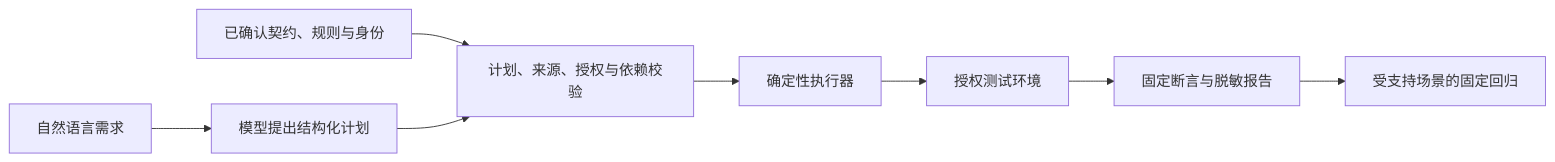
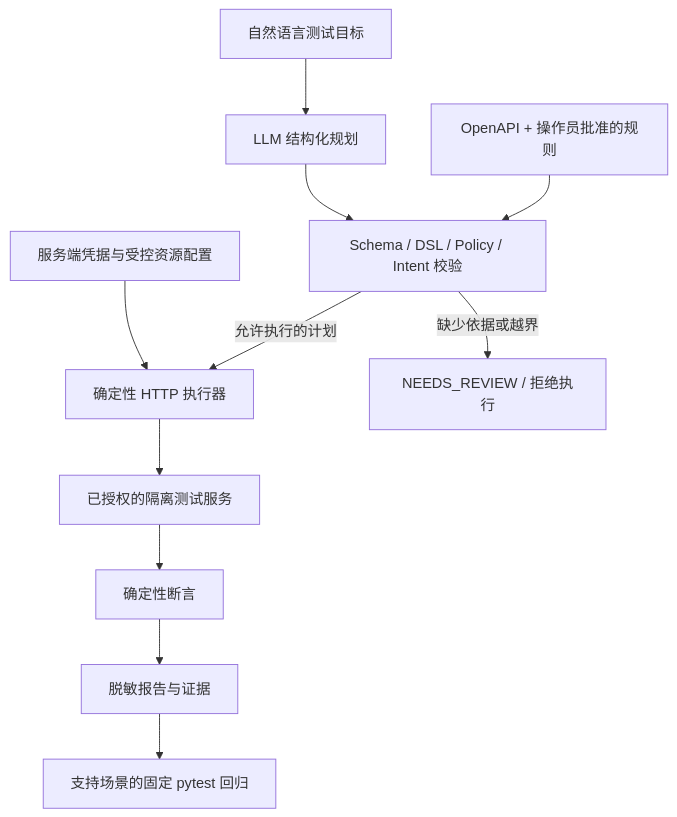
Before and after one commit to mofengyan595/agenttest: the diagram in README.md, drawn with Mermaid. The commit also changed other lines of this file, not shown here.

````diff
--- a/README.md
+++ b/README.md
@@ -114,10 +37,13 @@
 ```mermaid
-flowchart LR
-    U[自然语言需求] --> P[模型提出结构化计划]
-    C[已确认契约、规则与身份] --> V[计划、来源、授权与依赖校验]
-    P --> V
-    V --> E[确定性执行器]
-    E --> T[授权测试环境]
-    T --> R[固定断言与脱敏报告]
-    R --> F[受支持场景的固定回归]
+flowchart TD
+    User[自然语言测试目标] --> Planner[LLM 结构化规划]
+    Contract[OpenAPI + 操作员批准的规则] --> Gate[Schema / DSL / Policy / Intent 校验]
+    Planner --> Gate
+    Gate -->|允许执行的计划| Executor[确定性 HTTP 执行器]
+    Gate -->|缺少依据或越界| Review[NEEDS_REVIEW / 拒绝执行]
+    Vault[服务端凭据与受控资源配置] --> Executor
+    Executor --> Target[已授权的隔离测试服务]
+    Target --> Verify[确定性断言]
+    Verify --> Report[脱敏报告与证据]
+    Report --> Regression[支持场景的固定 pytest 回归]
 ```
````
